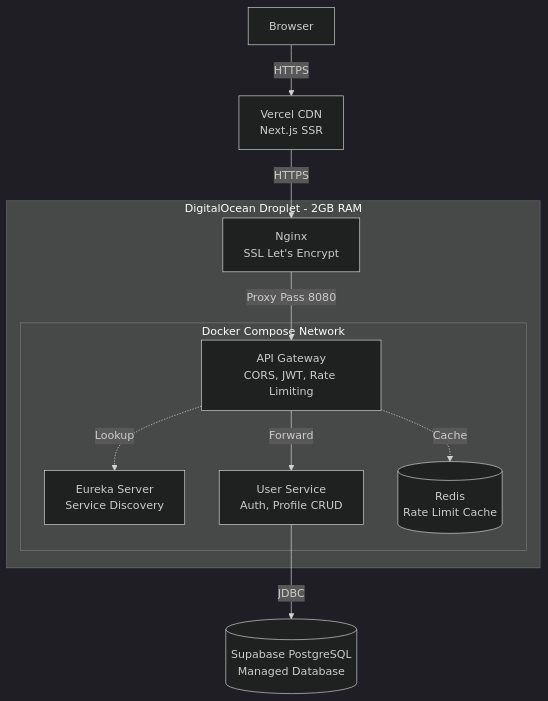
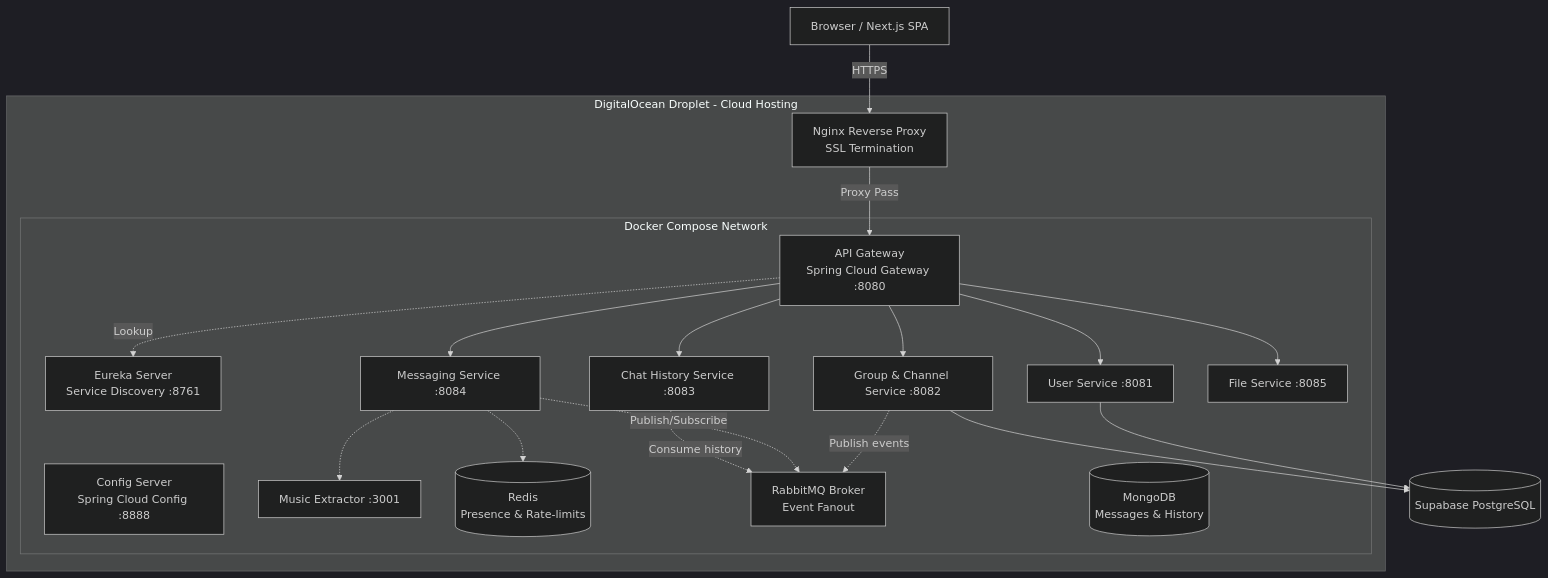
The diagram in README.md (PhatNguyenTT2/MiniDiscord), drawn with Mermaid (dark theme) before and after one commit. The commit also changed other lines of this file and 1 other file, not shown here.

````diff
--- a/README.md
+++ b/README.md
@@ -23,25 +23,45 @@
 ```mermaid
 graph TD
-    Browser[Browser] -->|HTTPS| Vercel[Vercel CDN<br/>Next.js SSR]
+    Browser[Browser / Next.js SPA] -->|HTTPS| Nginx
     
-    Vercel -->|HTTPS| Nginx
-    
-    subgraph Droplet [DigitalOcean Droplet - 2GB RAM]
-        Nginx[Nginx<br/>SSL Let's Encrypt]
+    subgraph Droplet [DigitalOcean Droplet - Cloud Hosting]
+        Nginx[Nginx Reverse Proxy<br/>SSL Termination]
         
         subgraph Docker [Docker Compose Network]
-            GW[API Gateway<br/>CORS, JWT, Rate Limiting]
-            ES[Eureka Server<br/>Service Discovery]
-            US[User Service<br/>Auth, Profile CRUD]
-            Redis[(Redis<br/>Rate Limit Cache)]
+            GW[API Gateway<br/>Spring Cloud Gateway :8080]
+            ES[Eureka Server<br/>Service Discovery :8761]
+            Config[Config Server<br/>Spring Cloud Config :8888]
             
-            GW -.->|Lookup| ES
-            GW -->|Forward| US
-            GW -.->|Cache| Redis
+            US[User Service :8081]
+            GCS[Group & Channel Service :8082]
+            CHS[Chat History Service :8083]
+            MS[Messaging Service :8084]
+            FS[File Service :8085]
+            ME[Music Extractor :3001]
+            
+            RD[(Redis<br/>Presence & Rate-limits)]
+            RMQ[RabbitMQ Broker<br/>Event Fanout]
+            MDB[(MongoDB<br/>Messages & History)]
         end
         
-        Nginx -->|Proxy Pass 8080| GW
+        Nginx -->|Proxy Pass| GW
     end
 
-    US -->|JDBC| DB[(Supabase PostgreSQL<br/>Managed Database)]
+    GW -.->|Lookup| ES
+    GW --> US
+    GW --> GCS
+    GW --> CHS
+    GW --> MS
+    GW --> FS
+    
+    MS -.-> RD
+    MS -.-> ME
+    
+    US --> PG[(Supabase PostgreSQL)]
+    GCS --> PG
+    
+    %% Event Broker Flow
+    GCS -.->|Publish events| RMQ
+    MS -.->|Publish/Subscribe| RMQ
+    CHS -.->|Consume history| RMQ
 ```
````
